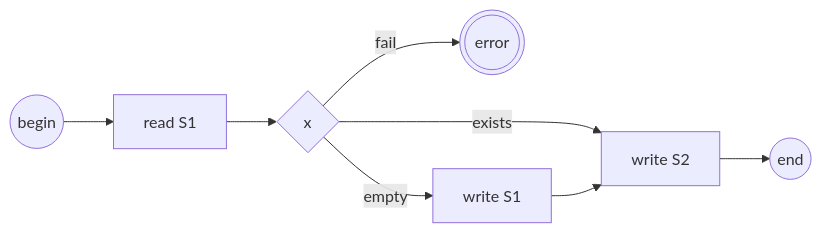
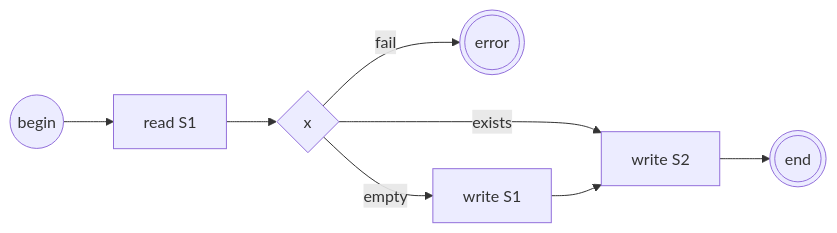
The second of 2 diagrams in ru/state_consistency_problem.md (johnthesmith/scraps), drawn with Mermaid before and after one commit.

````diff
--- a/ru/state_consistency_problem.md
+++ b/ru/state_consistency_problem.md
@@ -59,9 +59,9 @@
 ```mermaid
 flowchart LR
     b((begin)) --> rs1
     rs1[read S1] --> cc{x}
     cc --> |fail| e1(((error)))
     cc --> |exists| wS2[write S2]
     cc --> |empty| wS1[write S1] --> wS2
-    wS2 --> e((end))
+    wS2 --> e(((end)))
 ```
````
